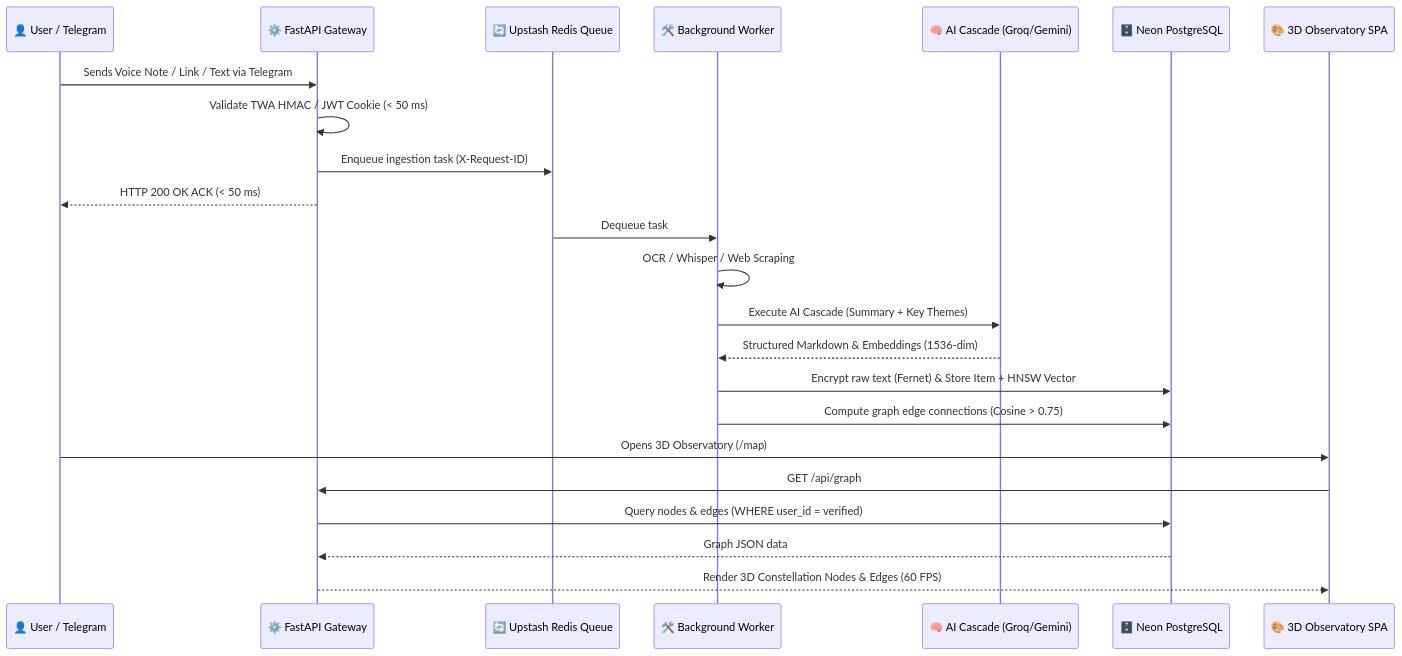
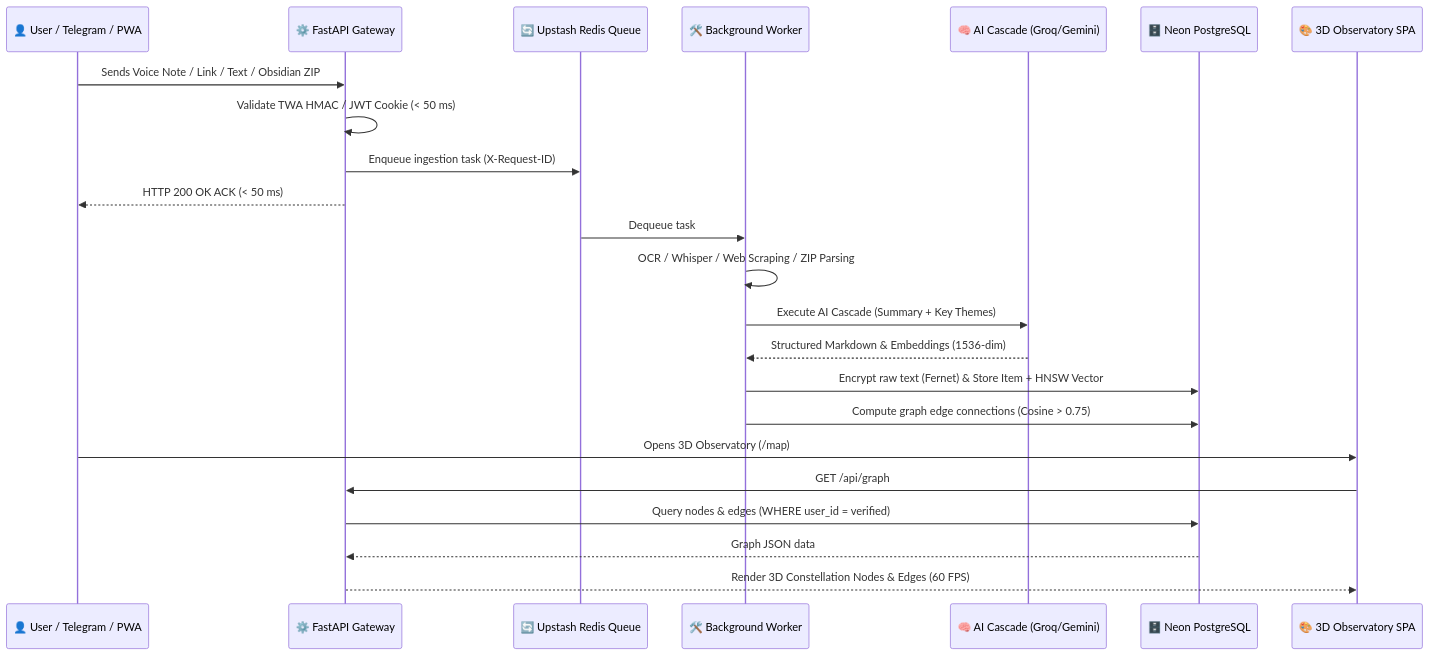
Before and after one commit to PriyanshuG27/Atrium: the second of 3 diagrams in README.md, drawn with Mermaid. The commit also changed other lines of this file, not shown here.

Commit message:
docs(readme): update features with Obsidian Vault ZIP import/export, PWA share target, Google Drive sync, and Pulse metrics

````diff
--- a/README.md
+++ b/README.md
@@ -157,28 +184,28 @@
 ```mermaid
 sequenceDiagram
-    participant User as 👤 User / Telegram
+    participant User as 👤 User / Telegram / PWA
     participant API as ⚙️ FastAPI Gateway
     participant Queue as 🔄 Upstash Redis Queue
     participant Worker as 🛠️ Background Worker
     participant AI as 🧠 AI Cascade (Groq/Gemini)
     participant DB as 🗄️ Neon PostgreSQL
     participant FE as 🎨 3D Observatory SPA
 
-    User->>API: Sends Voice Note / Link / Text via Telegram
+    User->>API: Sends Voice Note / Link / Text / Obsidian ZIP
     API->>API: Validate TWA HMAC / JWT Cookie (< 50 ms)
     API->>Queue: Enqueue ingestion task (X-Request-ID)
     API-->>User: HTTP 200 OK ACK (< 50 ms)
 
     Queue->>Worker: Dequeue task
-    Worker->>Worker: OCR / Whisper / Web Scraping
+    Worker->>Worker: OCR / Whisper / Web Scraping / ZIP Parsing
     Worker->>AI: Execute AI Cascade (Summary + Key Themes)
     AI-->>Worker: Structured Markdown & Embeddings (1536-dim)
     Worker->>DB: Encrypt raw text (Fernet) & Store Item + HNSW Vector
     Worker->>DB: Compute graph edge connections (Cosine > 0.75)
 
     User->>FE: Opens 3D Observatory (/map)
     FE->>API: GET /api/graph
     API->>DB: Query nodes & edges (WHERE user_id = verified)
     DB-->>API: Graph JSON data
     API-->>FE: Render 3D Constellation Nodes & Edges (60 FPS)
 ```
````
